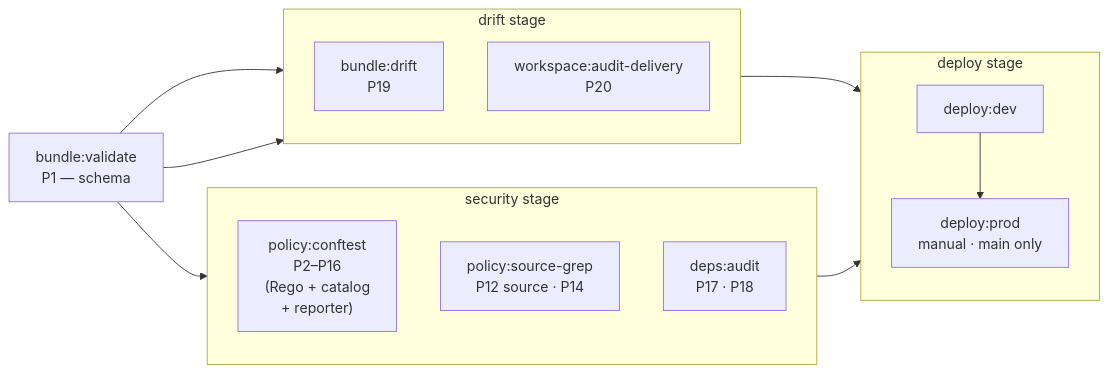
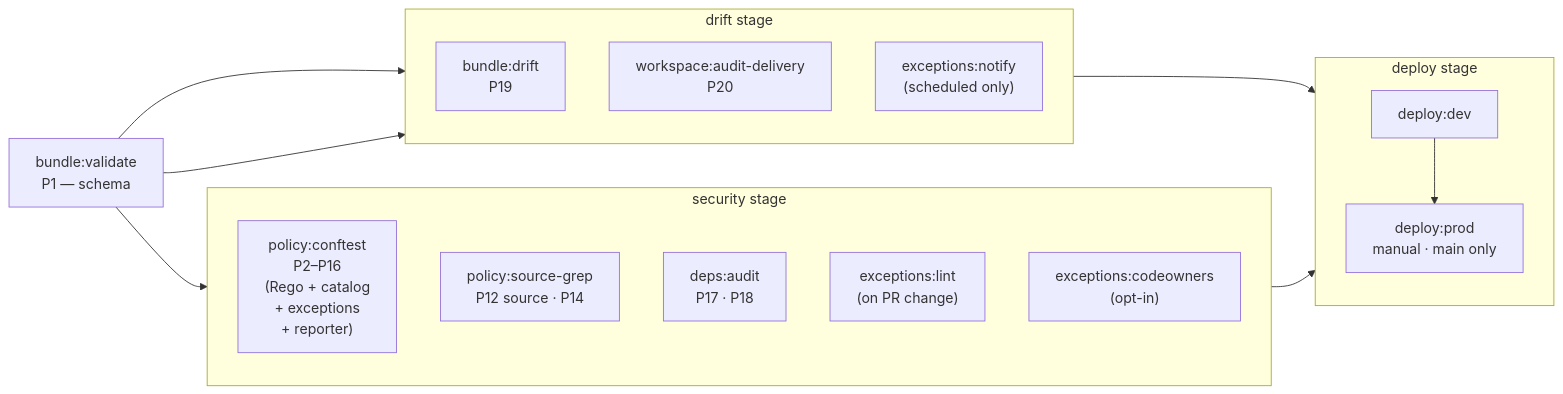
One commit to kholcomb/dab-policy-check changed the diagram in README.md. Above: the diagram before and after it, drawn with Mermaid. The commit also changed other lines of this file and 4 other files, not shown here.

First line of the commit message:
feat: add support for time-bounded waivers in policy exceptions

````diff
--- a/README.md
+++ b/README.md
@@ -31,30 +33,33 @@
 ```mermaid
 flowchart LR
     V["bundle:validate<br/>P1 — schema"]
 
     subgraph security[security stage]
         direction TB
-        C["policy:conftest<br/>P2–P16<br/>(Rego + catalog<br/>+ reporter)"]
+        C["policy:conftest<br/>P2–P16<br/>(Rego + catalog<br/>+ exceptions<br/>+ reporter)"]
         G["policy:source-grep<br/>P12 source · P14"]
         D["deps:audit<br/>P17 · P18"]
+        E["exceptions:lint<br/>(on PR change)"]
+        EC["exceptions:codeowners<br/>(opt-in)"]
     end
 
     subgraph drift[drift stage]
         direction TB
         BD["bundle:drift<br/>P19"]
         WA["workspace:audit-delivery<br/>P20"]
+        EN["exceptions:notify<br/>(scheduled only)"]
     end
 
     subgraph deploy[deploy stage]
         direction TB
         DD["deploy:dev"]
         DP["deploy:prod<br/>manual · main only"]
     end
 
     V --> C
     V --> BD
     V --> WA
     security --> deploy
     drift --> deploy
     DD --> DP
 ```
````
